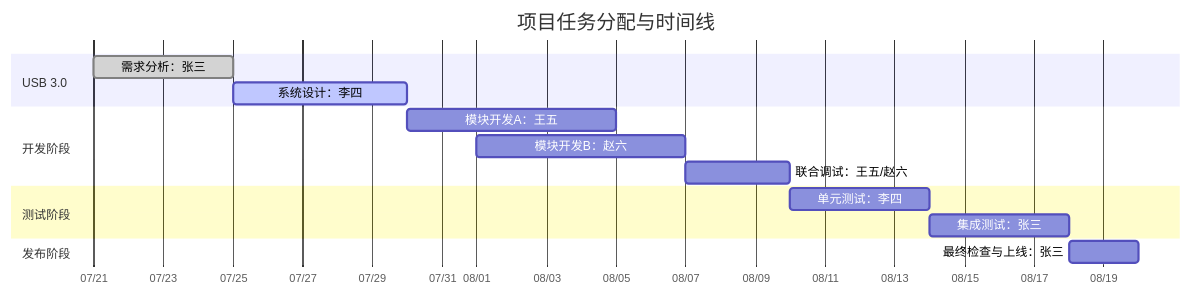
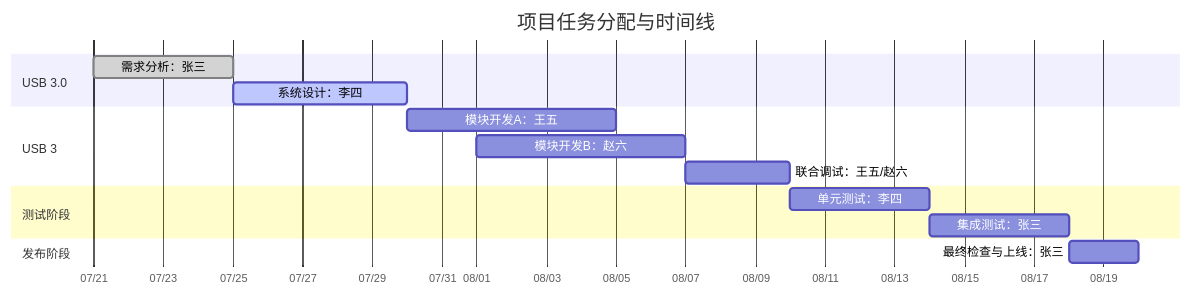
The diagram in all/未命名.md (winsonbook/iodraw-files), drawn with Mermaid before and after one commit.

Commit message:
2025-07-21 09:40:25 update

````diff
--- a/all/未命名.md
+++ b/all/未命名.md
@@ -1,23 +1,23 @@
 ```mermaid
 gantt
     title 项目任务分配与时间线
-    dateFormat  2-MM-DD
+    dateFormat  YYYY-MM-DD
     axisFormat  %m/%d
 
     section USB 3.0
     需求分析：张三       :done,    task1, 2025-07-21, 4d
     系统设计：李四       :active,  task2, 2025-07-25, 5d
 
-    section 开发阶段
+    section USB 3
     模块开发A：王五      :         task3, 2025-07-30, 6d
     模块开发B：赵六      :         task4, 2025-08-01, 6d
     联合调试：王五/赵六  :         task5, 2025-08-07, 3d
 
     section 测试阶段
     单元测试：李四       :         task6, 2025-08-10, 4d
     集成测试：张三       :         task7, 2025-08-14, 4d
 
     section 发布阶段
     最终检查与上线：张三 :         task8, 2025-08-18, 2d
 
 ```
````
